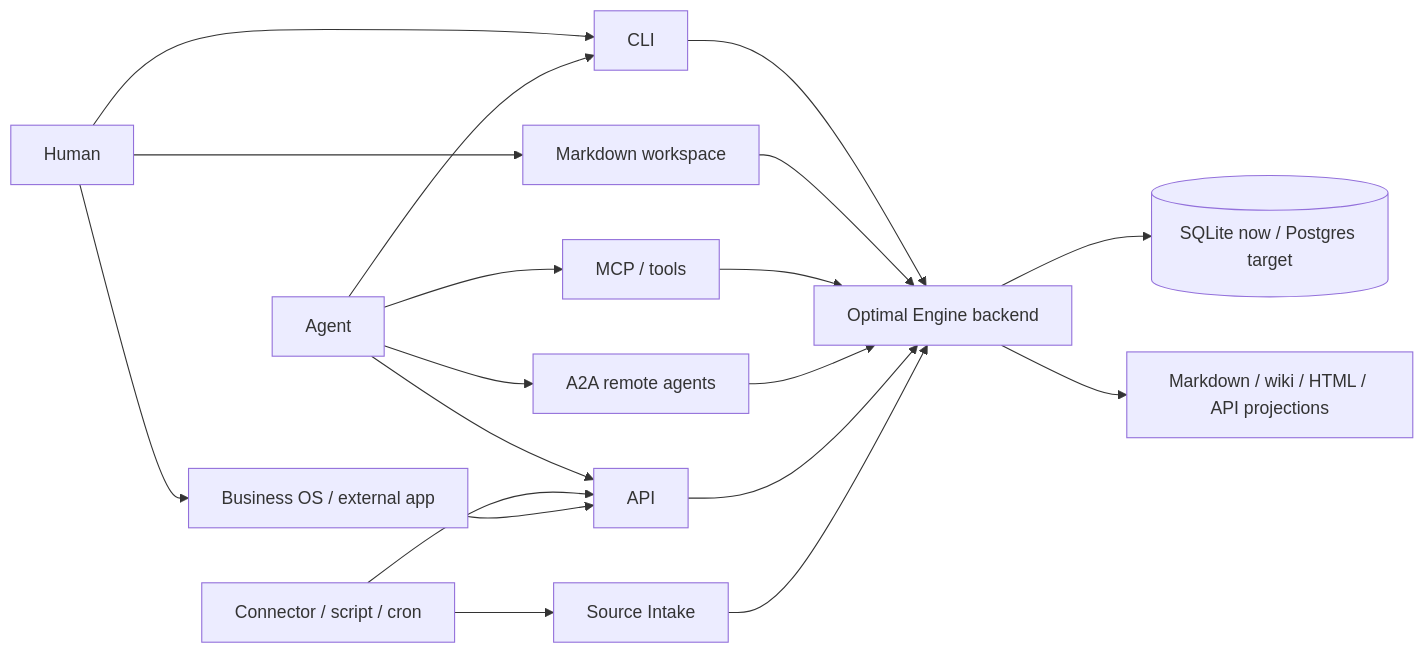
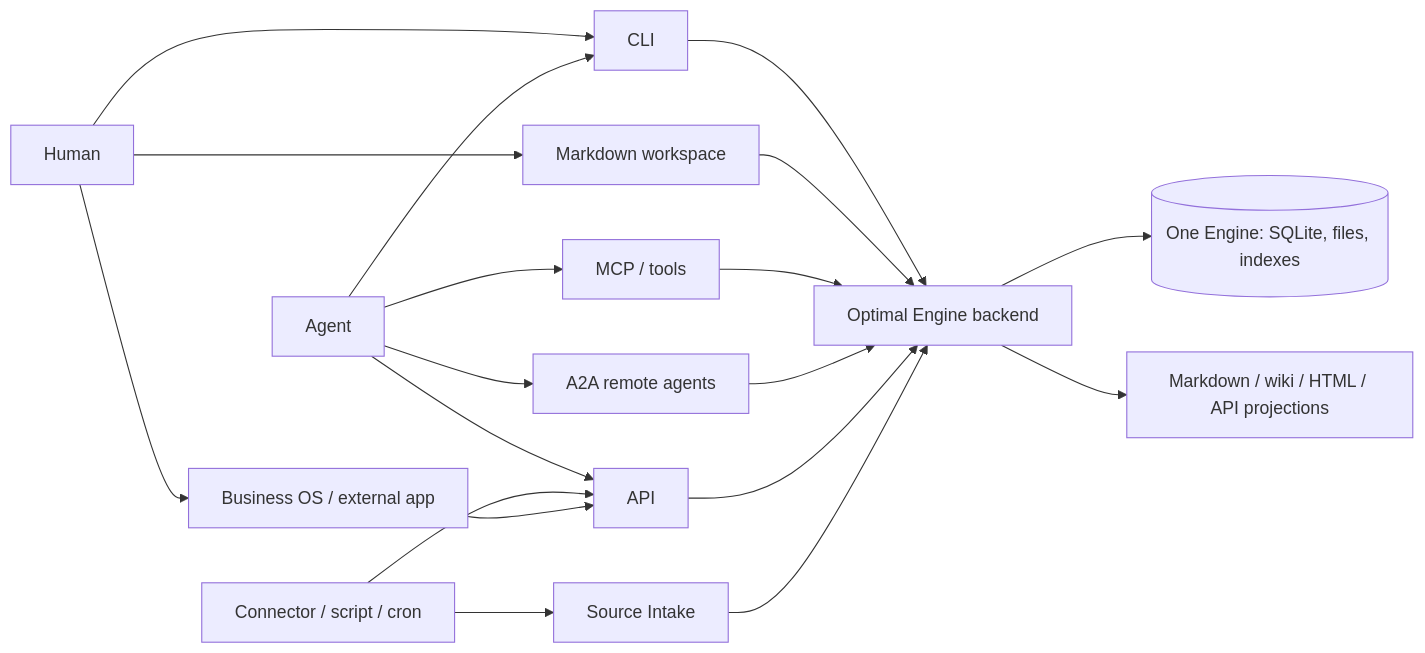
One commit to Miosa-osa/OptimalEngine changed the first of 4 diagrams in docs/ROADMAP.md. Above: the diagram before and after it, drawn with Mermaid. The commit also changed other lines of this file and 31 other files, not shown here.

First line of the commit message:
docs: one Engine holds every store; deployment guides for self-hosted, providers, cloud and MIOSA-managed (#208)

````diff
--- a/docs/ROADMAP.md
+++ b/docs/ROADMAP.md
@@ -31,25 +31,25 @@
 ```mermaid
 flowchart LR
   Human[Human] --> CLI[CLI]
   Human --> Markdown[Markdown workspace]
   Human --> BusinessOS[Business OS / external app]
 
   Agent[Agent] --> MCP[MCP / tools]
   Agent --> API[API]
   Agent --> CLI
   Agent --> A2A[A2A remote agents]
 
   Connector[Connector / script / cron] --> API
   Connector --> Intake[Source Intake]
 
   CLI --> Engine[Optimal Engine backend]
   Markdown --> Engine
   BusinessOS --> API
   MCP --> Engine
   A2A --> Engine
   API --> Engine
   Intake --> Engine
 
-  Engine --> Store[(SQLite now / Postgres target)]
+  Engine --> Store[(One Engine: SQLite, files, indexes)]
   Engine --> Export[Markdown / wiki / HTML / API projections]
 ```
````
